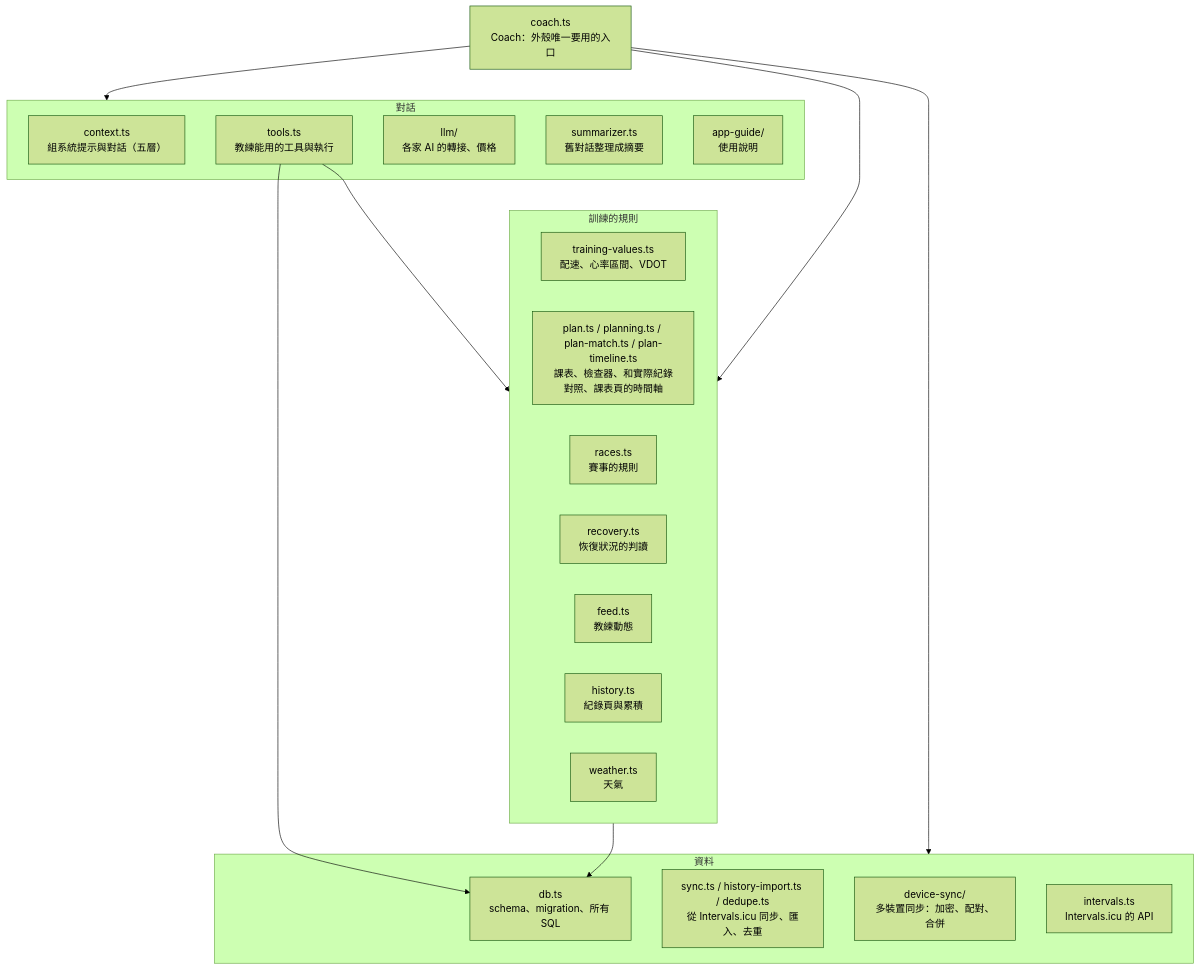
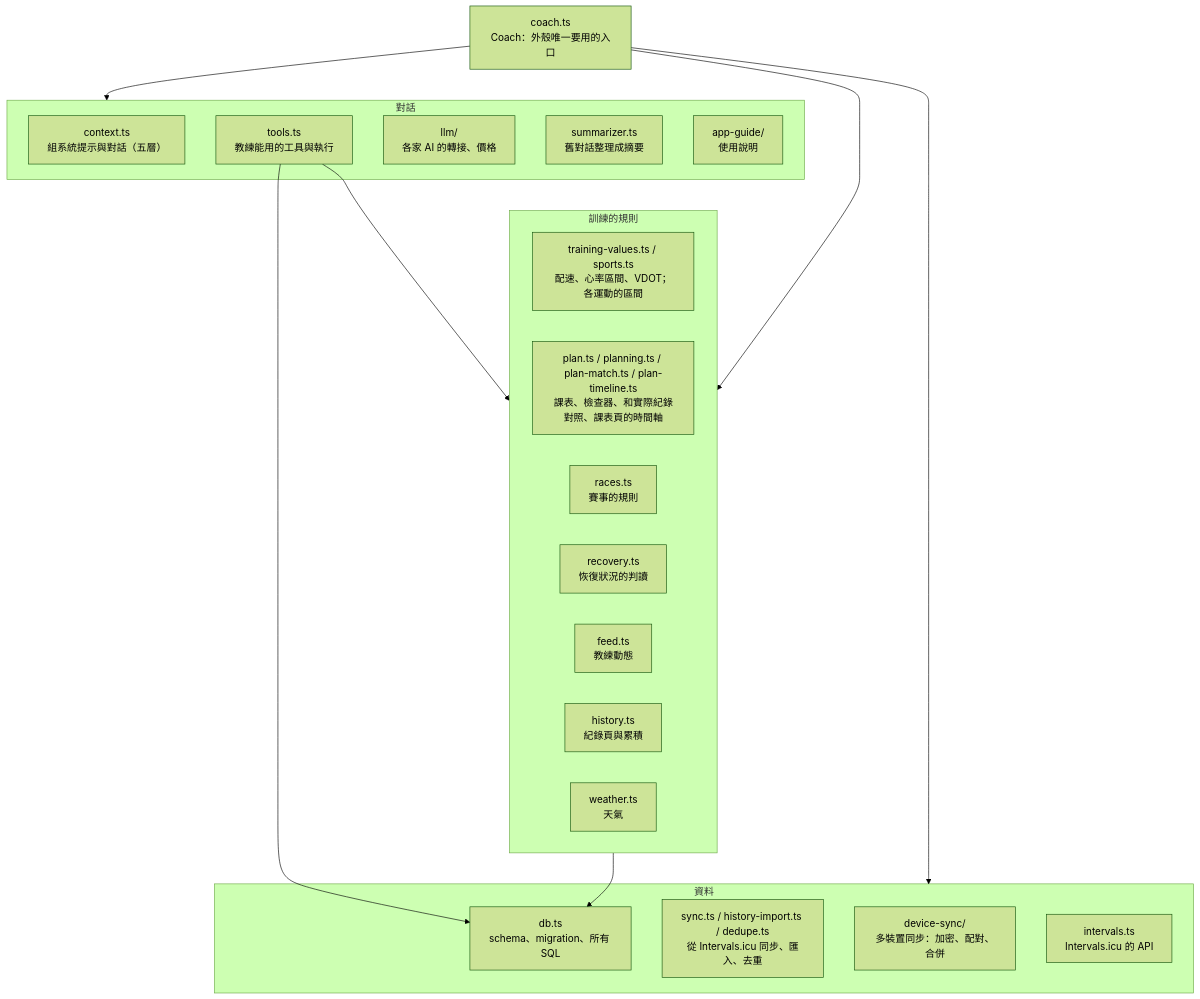
Before and after one commit to williampcs/RunningCoach: the second of 4 diagrams in doc/architecture.md, drawn with Mermaid (forest theme). The commit also changed other lines of this file and 39 other files, not shown here.

````diff
--- a/doc/architecture.md
+++ b/doc/architecture.md
@@ -83,32 +83,32 @@
 ```mermaid
 flowchart TB
   coach["coach.ts<br/>Coach：外殼唯一要用的入口"]
   subgraph talk["對話"]
     context["context.ts<br/>組系統提示與對話（五層）"]
     tools["tools.ts<br/>教練能用的工具與執行"]
     llm["llm/<br/>各家 AI 的轉接、價格"]
     summarizer["summarizer.ts<br/>舊對話整理成摘要"]
     guide["app-guide/<br/>使用說明"]
   end
   subgraph domain["訓練的規則"]
-    tv["training-values.ts<br/>配速、心率區間、VDOT"]
+    tv["training-values.ts / sports.ts<br/>配速、心率區間、VDOT；各運動的區間"]
     plan["plan.ts / planning.ts / plan-match.ts / plan-timeline.ts<br/>課表、檢查器、和實際紀錄對照、課表頁的時間軸"]
     races["races.ts<br/>賽事的規則"]
     recovery["recovery.ts<br/>恢復狀況的判讀"]
     feed["feed.ts<br/>教練動態"]
     history["history.ts<br/>紀錄頁與累積"]
     weather["weather.ts<br/>天氣"]
   end
   subgraph data["資料"]
     db["db.ts<br/>schema、migration、所有 SQL"]
     sync["sync.ts / history-import.ts / dedupe.ts<br/>從 Intervals.icu 同步、匯入、去重"]
     ds["device-sync/<br/>多裝置同步：加密、配對、合併"]
     icu["intervals.ts<br/>Intervals.icu 的 API"]
   end
   coach --> talk
   coach --> domain
   coach --> data
   tools --> domain
   tools --> db
   domain --> db
 ```
````
